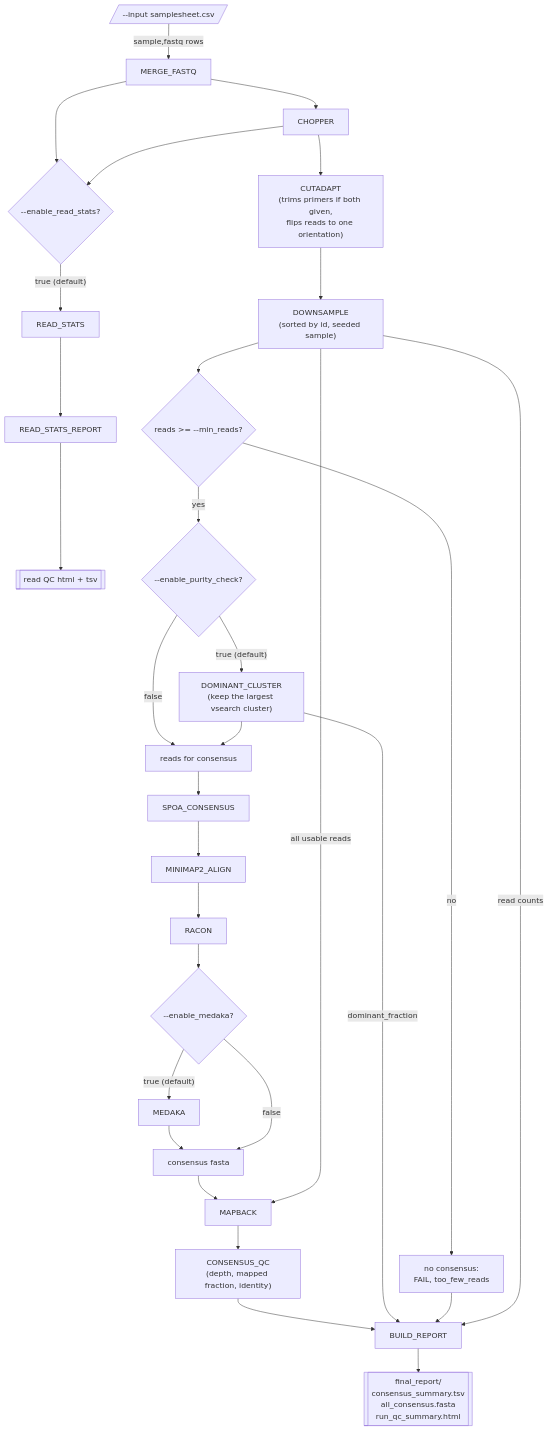
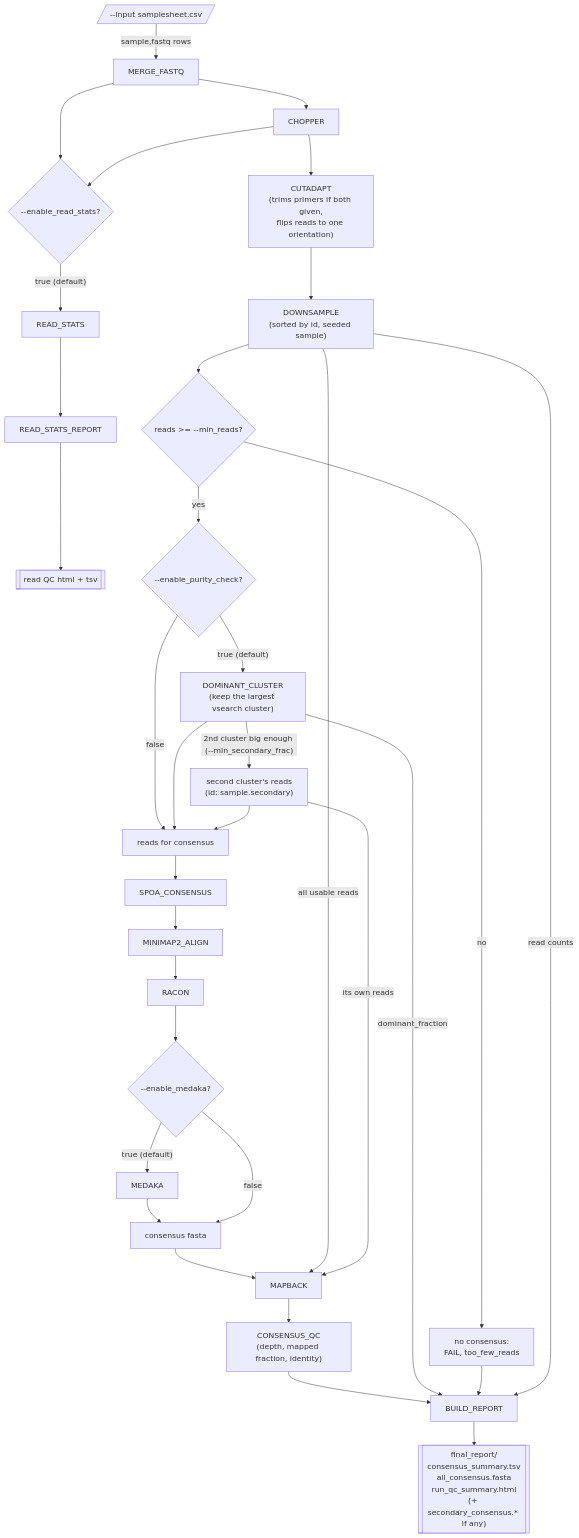
Before and after one commit to ehill-iolani/single-amplicon-nf: the diagram in README.md, drawn with Mermaid. The commit also changed other lines of this file and 7 other files, not shown here.

Commit message:
build a second consensus from the second-largest read cluster when a sample holds two sequences

````diff
--- a/README.md
+++ b/README.md
@@ -38,35 +38,38 @@
 ```mermaid
 flowchart TD
     reads[/"--input samplesheet.csv"/] -->|"sample,fastq rows"| MERGE_FASTQ --> CHOPPER
 
     MERGE_FASTQ --> stats_check{"--enable_read_stats?"}
     CHOPPER --> stats_check
     stats_check -->|"true (default)"| READ_STATS --> READ_STATS_REPORT --> readqc[["read QC html + tsv"]]
 
     CHOPPER --> CUTADAPT["CUTADAPT\n(trims primers if both given,\nflips reads to one orientation)"]
     CUTADAPT --> DOWNSAMPLE["DOWNSAMPLE\n(sorted by id, seeded sample)"]
 
     DOWNSAMPLE --> min_check{"reads >= --min_reads?"}
     min_check -->|"no"| nocons["no consensus:\nFAIL, too_few_reads"]
     min_check -->|"yes"| purity_check{"--enable_purity_check?"}
 
     purity_check -->|"true (default)"| DOMINANT_CLUSTER["DOMINANT_CLUSTER\n(keep the largest vsearch cluster)"]
     purity_check -->|"false"| reads_in["reads for consensus"]
     DOMINANT_CLUSTER --> reads_in
+    DOMINANT_CLUSTER -->|"2nd cluster big enough (--min_secondary_frac)"| second_reads["second cluster's reads\n(id: sample.secondary)"]
+    second_reads --> reads_in
 
     reads_in --> SPOA_CONSENSUS --> MINIMAP2_ALIGN --> RACON
     RACON --> medaka_check{"--enable_medaka?"}
     medaka_check -->|"true (default)"| MEDAKA --> consensus["consensus fasta"]
     medaka_check -->|"false"| consensus
 
     consensus --> MAPBACK
     DOWNSAMPLE -->|"all usable reads"| MAPBACK
+    second_reads -->|"its own reads"| MAPBACK
     MAPBACK --> CONSENSUS_QC["CONSENSUS_QC\n(depth, mapped fraction, identity)"]
 
     CONSENSUS_QC --> BUILD_REPORT
     DOMINANT_CLUSTER -->|"dominant_fraction"| BUILD_REPORT
     nocons --> BUILD_REPORT
     DOWNSAMPLE -->|"read counts"| BUILD_REPORT
 
-    BUILD_REPORT --> report[["final_report/\nconsensus_summary.tsv\nall_consensus.fasta\nrun_qc_summary.html"]]
+    BUILD_REPORT --> report[["final_report/\nconsensus_summary.tsv\nall_consensus.fasta\nrun_qc_summary.html\n(+ secondary_consensus.* if any)"]]
 ```
````
